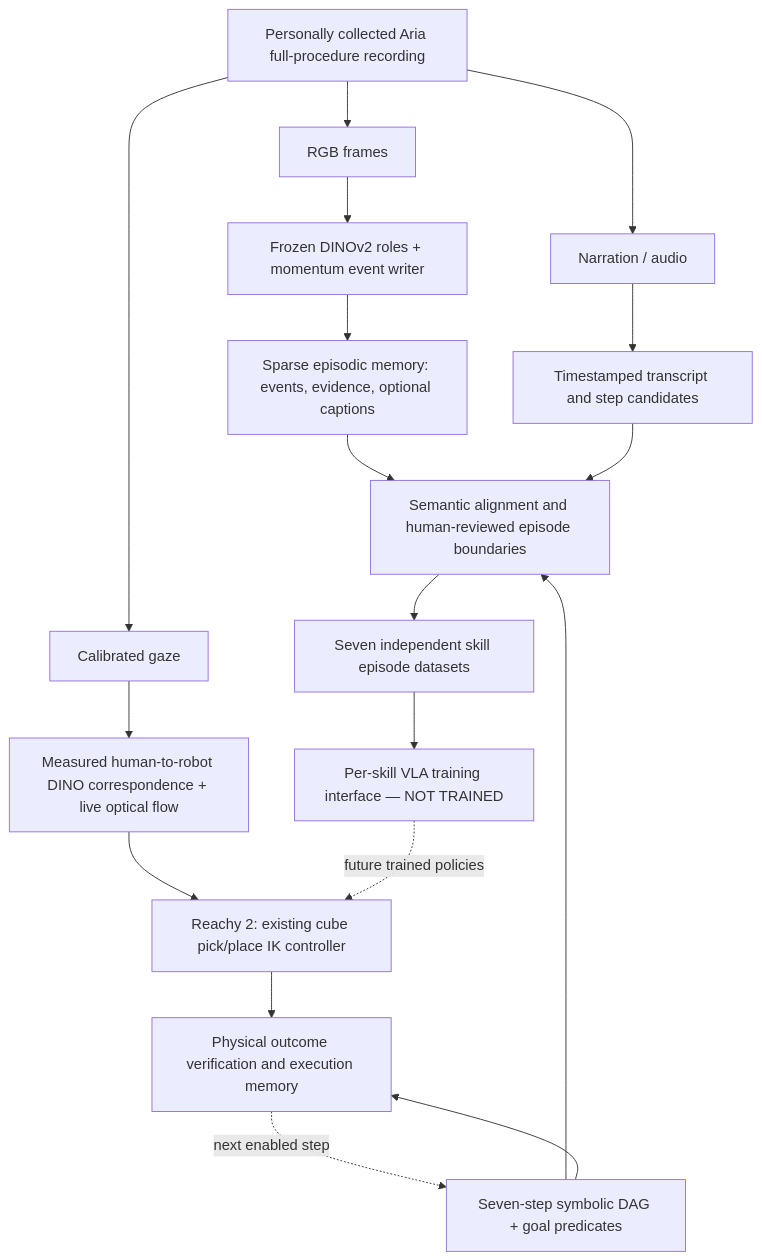
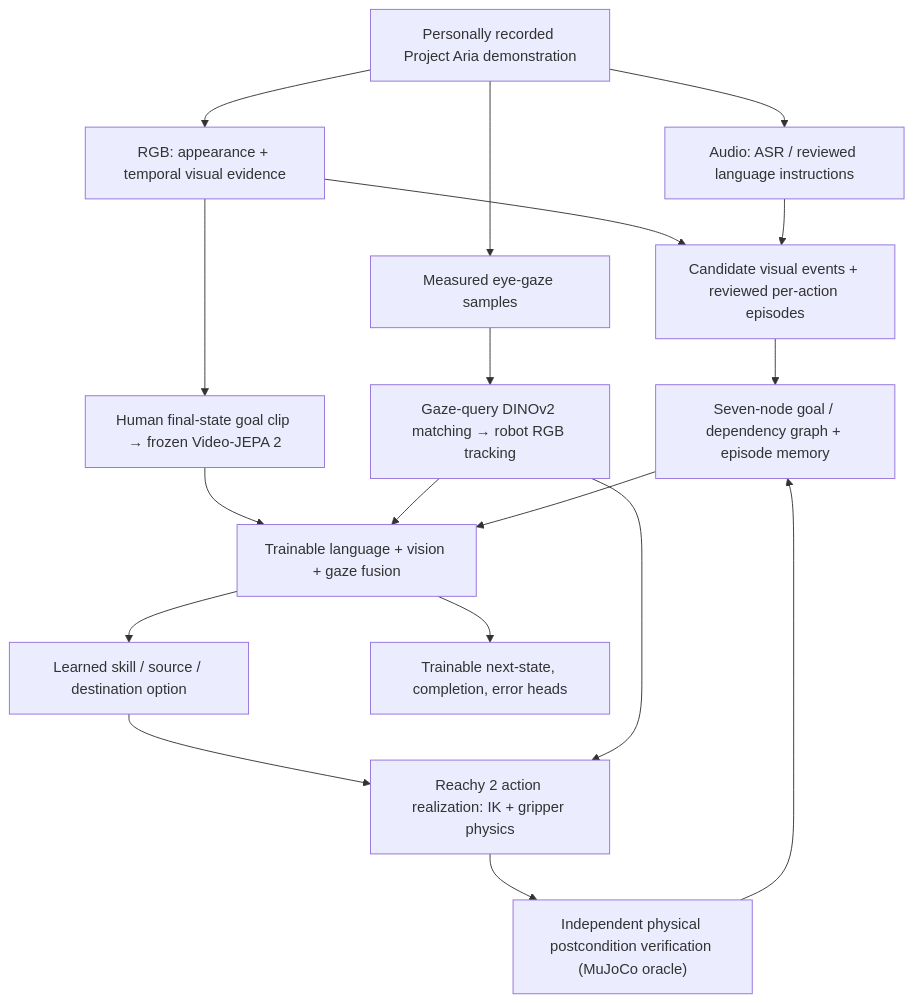
One commit to Robotics-Imitation-Learning/ego2robot changed the second of 2 diagrams in README.md. Above: the diagram before and after it, drawn with Mermaid. The commit also changed other lines of this file and 5 other files, not shown here.

First line of the commit message:
Present real Aria demonstrations, seven-step graph and precise reproducibility audit in README

````diff
--- a/README.md
+++ b/README.md
@@ -71,28 +64,21 @@
 ```mermaid
 flowchart TB
-    VIDEO["Personally collected Aria full-procedure recording"]
-    RGB["RGB frames"]
-    NAR["Narration / audio"]
-    GAZE["Calibrated gaze"]
-    DINO["Frozen DINOv2 roles + momentum event writer"]
-    ASR["Timestamped transcript and step candidates"]
-    EVID["Sparse episodic memory: events, evidence, optional captions"]
-    GRAPH["Seven-step symbolic DAG + goal predicates"]
-    ALIGN["Semantic alignment and human-reviewed episode boundaries"]
-    EP["Seven independent skill episode datasets"]
-    VLA["Per-skill VLA training interface — NOT TRAINED"]
-    TRANSFER["Measured human-to-robot DINO correspondence + live optical flow"]
-    REACHY["Reachy 2: existing cube pick/place IK controller"]
-    MEMORY["Physical outcome verification and execution memory"]
-
-    VIDEO --> RGB --> DINO --> EVID --> ALIGN
-    VIDEO --> NAR --> ASR --> ALIGN
-    VIDEO --> GAZE --> TRANSFER
-    GRAPH --> ALIGN
-    ALIGN --> EP --> VLA
-    TRANSFER --> REACHY
-    VLA -. "future trained policies" .-> REACHY
-    GRAPH --> MEMORY
-    REACHY --> MEMORY
-    MEMORY -. "next enabled step" .-> GRAPH
+    ARIA["Personally recorded Project Aria demonstration"]
+    ARIA --> RGB["RGB: appearance + temporal visual evidence"]
+    ARIA --> SPEECH["Audio: ASR / reviewed language instructions"]
+    ARIA --> GAZE["Measured eye-gaze samples"]
+    RGB --> EPISODES["Candidate visual events + reviewed per-action episodes"]
+    SPEECH --> EPISODES
+    EPISODES --> GRAPH["Seven-node goal / dependency graph + episode memory"]
+    RGB --> GOAL["Human final-state goal clip → frozen Video-JEPA 2"]
+    GAZE --> DINO["Gaze-query DINOv2 matching → robot RGB tracking"]
+    GOAL --> FUSER["Trainable language + vision + gaze fusion"]
+    DINO --> FUSER
+    GRAPH --> FUSER
+    FUSER --> OPTION["Learned skill / source / destination option"]
+    FUSER --> VERIFY["Trainable next-state, completion, error heads"]
+    OPTION --> EXEC["Reachy 2 action realization: IK + gripper physics"]
+    DINO --> EXEC
+    EXEC --> ORACLE["Independent physical postcondition verification (MuJoCo oracle)"]
+    ORACLE --> GRAPH
 ```
````
